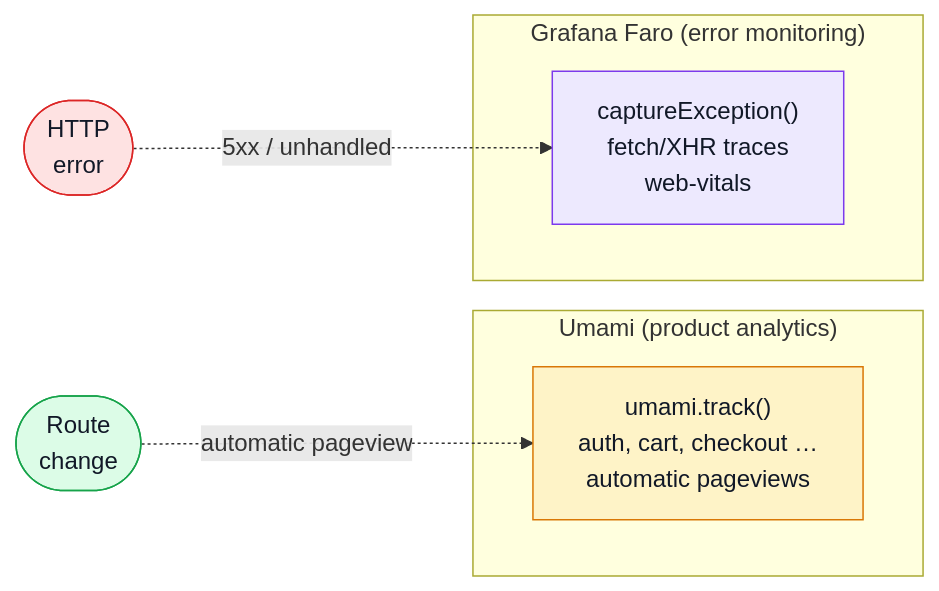
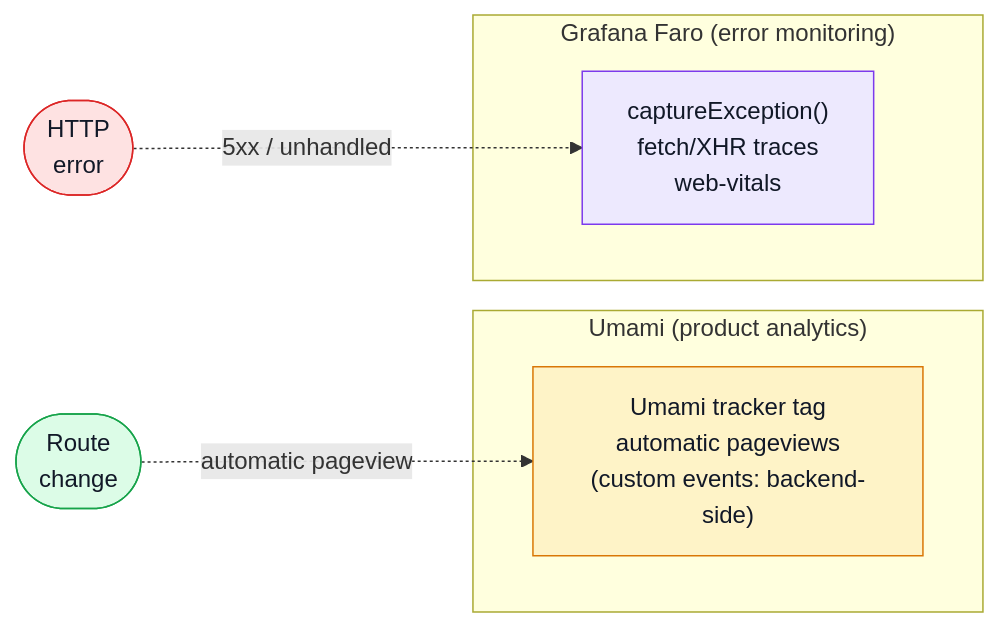
The second of 2 diagrams in docs/theory/request-flow.md (Guebbit/boilerplate-vue-frontend), drawn with Mermaid before and after one commit. The commit also changed 10 other files, not shown here.

````diff
--- a/docs/theory/request-flow.md
+++ b/docs/theory/request-flow.md
@@ -65,27 +65,27 @@
 ```mermaid
 %%{init: {'flowchart': {'nodeSpacing': 55, 'rankSpacing': 80}}}%%
 flowchart LR
     Nav(["Route\nchange"])
     Err(["HTTP\nerror"])
 
     subgraph Analytics["Umami (product analytics)"]
-        PH["umami.track()\nauth, cart, checkout …\nautomatic pageviews"]
+        PH["Umami tracker tag\nautomatic pageviews\n(custom events: backend-side)"]
     end
 
     subgraph ErrorMon["Grafana Faro (error monitoring)"]
         SE["captureException()\nfetch/XHR traces\nweb-vitals"]
     end
 
     Nav -.->|"automatic pageview"| PH
     Err -.->|"5xx / unhandled"| SE
 
     classDef nav fill:#dcfce7,stroke:#16a34a,color:#111827;
     classDef err fill:#fee2e2,stroke:#dc2626,color:#111827;
     classDef ph fill:#fef3c7,stroke:#d97706,color:#111827;
     classDef se fill:#ede9fe,stroke:#7c3aed,color:#111827;
 
     class Nav nav;
     class Err err;
     class PH ph;
     class SE se;
 ```
````
